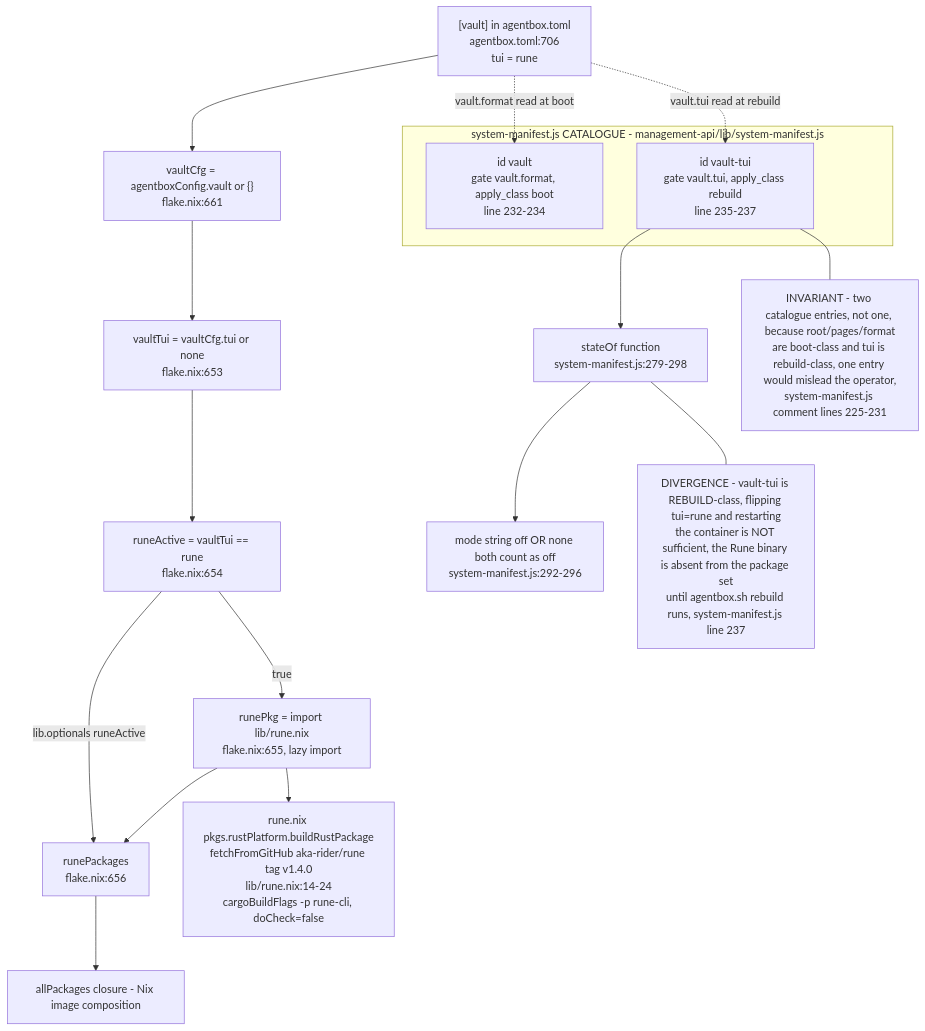
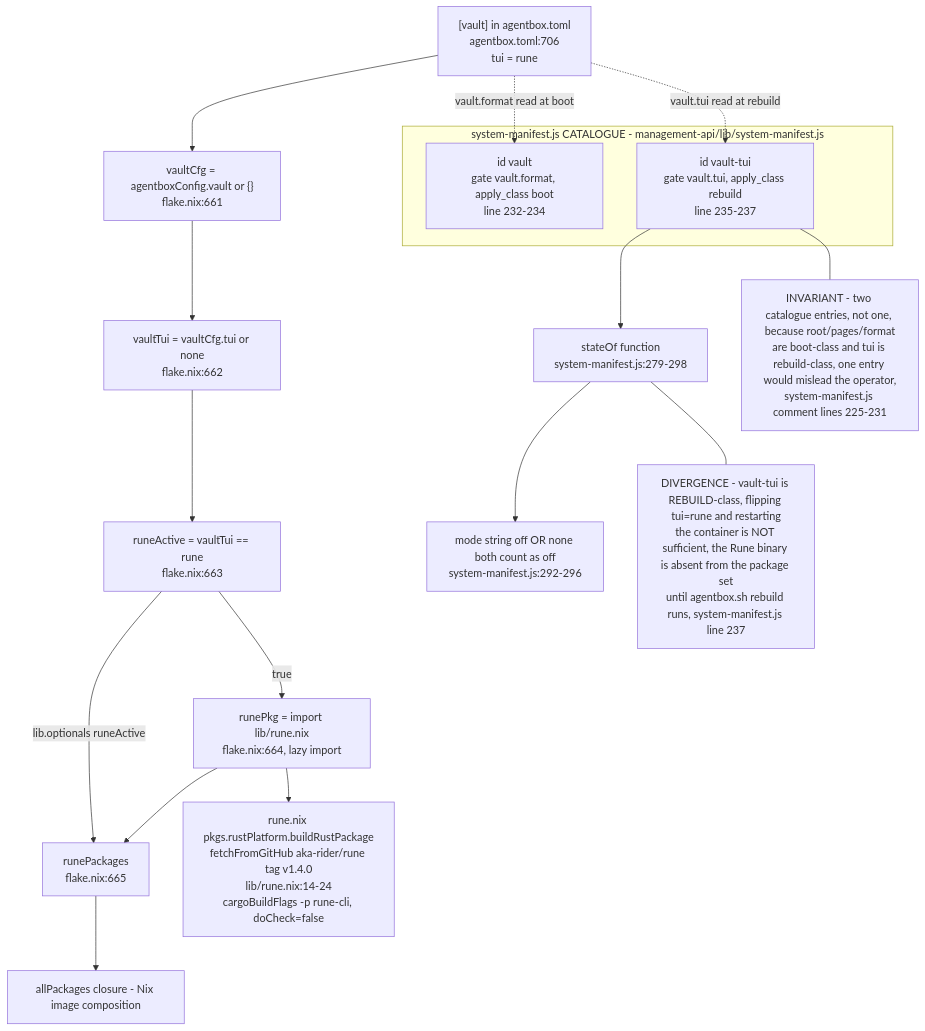
One commit to DreamLab-AI/VisionFlow changed the tenth of 11 diagrams in docs/diagrams/agentbox/01-nix-flake-composition.md. Above: the diagram before and after it, drawn with Mermaid. The commit also changed other lines of this file and 292 other files, not shown here.

````diff
--- a/docs/diagrams/agentbox/01-nix-flake-composition.md
+++ b/docs/diagrams/agentbox/01-nix-flake-composition.md
@@ -403,32 +403,32 @@
 ```mermaid
 flowchart TB
     TOMLVAULT["[vault] in agentbox.toml<br/>agentbox.toml:706<br/>tui = rune"] --> VAULTCFG["vaultCfg = agentboxConfig.vault or {}<br/>flake.nix:661"]
 
-    VAULTCFG --> TUIVAL["vaultTui = vaultCfg.tui or none<br/>flake.nix:653"]
-    TUIVAL --> RUNEACTIVE["runeActive = vaultTui == rune<br/>flake.nix:654"]
-    RUNEACTIVE -->|"true"| RUNEPKGIMPORT["runePkg = import lib/rune.nix<br/>flake.nix:655, lazy import"]
-    RUNEACTIVE -->|"lib.optionals runeActive"| RUNEPACKAGES["runePackages<br/>flake.nix:656"]
+    VAULTCFG --> TUIVAL["vaultTui = vaultCfg.tui or none<br/>flake.nix:662"]
+    TUIVAL --> RUNEACTIVE["runeActive = vaultTui == rune<br/>flake.nix:663"]
+    RUNEACTIVE -->|"true"| RUNEPKGIMPORT["runePkg = import lib/rune.nix<br/>flake.nix:664, lazy import"]
+    RUNEACTIVE -->|"lib.optionals runeActive"| RUNEPACKAGES["runePackages<br/>flake.nix:665"]
     RUNEPKGIMPORT --> RUNEPACKAGES
     RUNEPACKAGES --> ALLPKG["allPackages closure - Nix image composition"]
 
     RUNEBUILD["rune.nix pkgs.rustPlatform.buildRustPackage<br/>fetchFromGitHub aka-rider/rune tag v1.4.0<br/>lib/rune.nix:14-24<br/>cargoBuildFlags -p rune-cli, doCheck=false"]
     RUNEPKGIMPORT --> RUNEBUILD
 
     subgraph MANIFEST["system-manifest.js CATALOGUE - management-api/lib/system-manifest.js"]
         VAULTENTRY["id vault<br/>gate vault.format, apply_class boot<br/>line 232-234"]
         VAULTTUIENTRY["id vault-tui<br/>gate vault.tui, apply_class rebuild<br/>line 235-237"]
     end
 
     TOMLVAULT -.->|"vault.format read at boot"| VAULTENTRY
     TOMLVAULT -.->|"vault.tui read at rebuild"| VAULTTUIENTRY
 
     STATEOF["stateOf function<br/>system-manifest.js:279-298"]
     VAULTTUIENTRY --> STATEOF
     STATEOF --> MODESTRING["mode string off OR none both count as off<br/>system-manifest.js:292-296"]
 
     NOTE1["INVARIANT - two catalogue entries, not one, because root/pages/format<br/>are boot-class and tui is rebuild-class, one entry would mislead the operator,<br/>system-manifest.js comment lines 225-231"]
     VAULTTUIENTRY --- NOTE1
 
     NOTE2["DIVERGENCE - vault-tui is REBUILD-class, flipping tui=rune and restarting<br/>the container is NOT sufficient, the Rune binary is absent from the package set<br/>until agentbox.sh rebuild runs, system-manifest.js line 237"]
     STATEOF --- NOTE2
 ```
````
